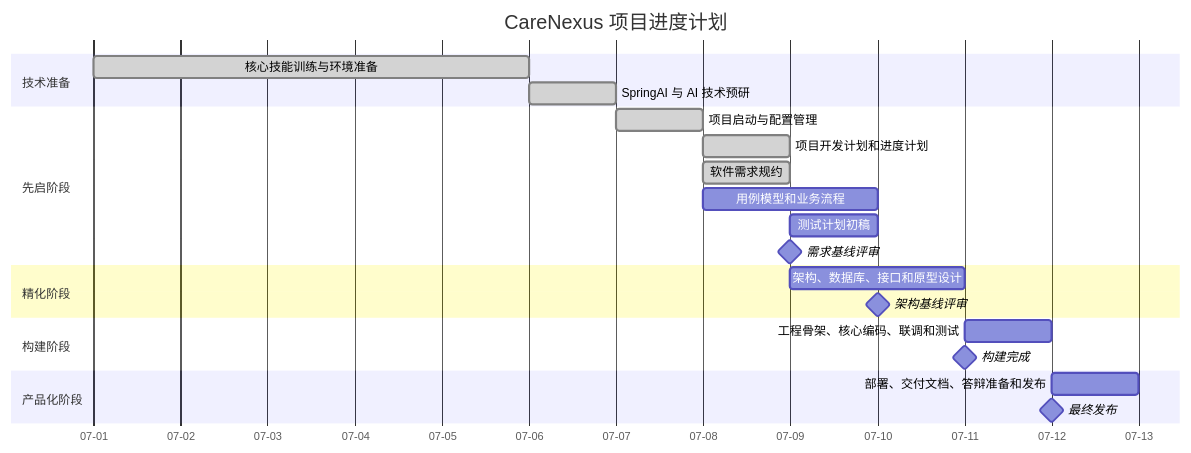
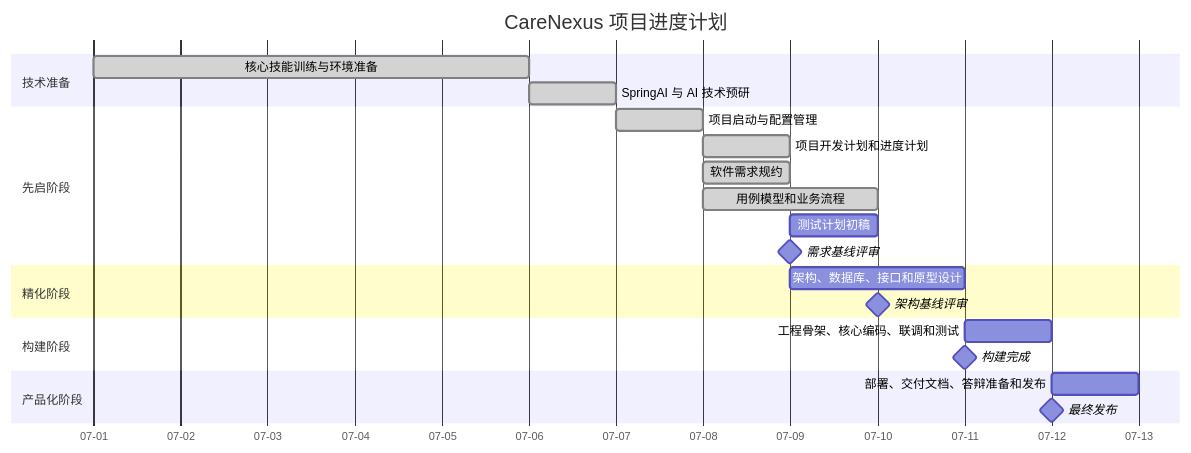
Before and after one commit to thesantaana/Care-Nexus: the diagram in docs/plans/项目进度计划.md, drawn with Mermaid. The commit also changed other lines of this file and 7 other files, not shown here.

Commit message:
docs: add use case model and business flows

````diff
--- a/docs/plans/项目进度计划.md
+++ b/docs/plans/项目进度计划.md
@@ -99,30 +99,30 @@
 ```mermaid
 gantt
     title CareNexus 项目进度计划
     dateFormat  YYYY-MM-DD
     axisFormat  %m-%d
 
     section 技术准备
     核心技能训练与环境准备 :done, prep1, 2026-07-01, 5d
     SpringAI 与 AI 技术预研 :done, prep2, 2026-07-06, 1d
 
     section 先启阶段
     项目启动与配置管理 :done, inc1, 2026-07-07, 1d
     项目开发计划和进度计划 :done, inc2, 2026-07-08, 1d
     软件需求规约 :done, inc3, 2026-07-08, 1d
-    用例模型和业务流程 :inc4, 2026-07-08, 2d
+    用例模型和业务流程 :done, inc4, 2026-07-08, 2d
     测试计划初稿 :inc5, 2026-07-09, 1d
     需求基线评审 :milestone, m1, 2026-07-09, 0d
 
     section 精化阶段
     架构、数据库、接口和原型设计 :ela1, 2026-07-09, 2d
     架构基线评审 :milestone, m2, 2026-07-10, 0d
 
     section 构建阶段
     工程骨架、核心编码、联调和测试 :con1, 2026-07-11, 1d
     构建完成 :milestone, m3, 2026-07-11, 0d
 
     section 产品化阶段
     部署、交付文档、答辩准备和发布 :tra1, 2026-07-12, 1d
     最终发布 :milestone, m4, 2026-07-12, 0d
 ```
````
